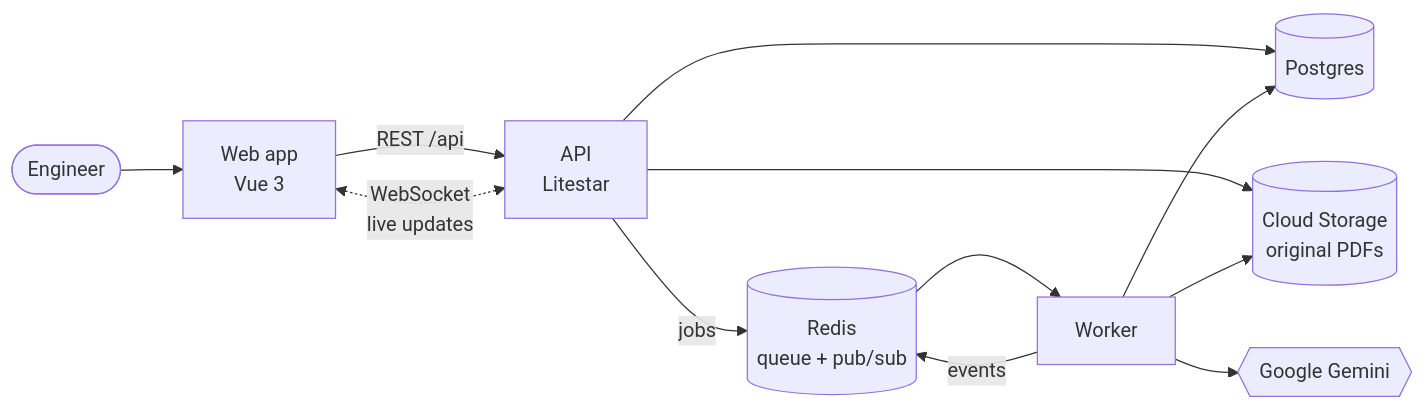
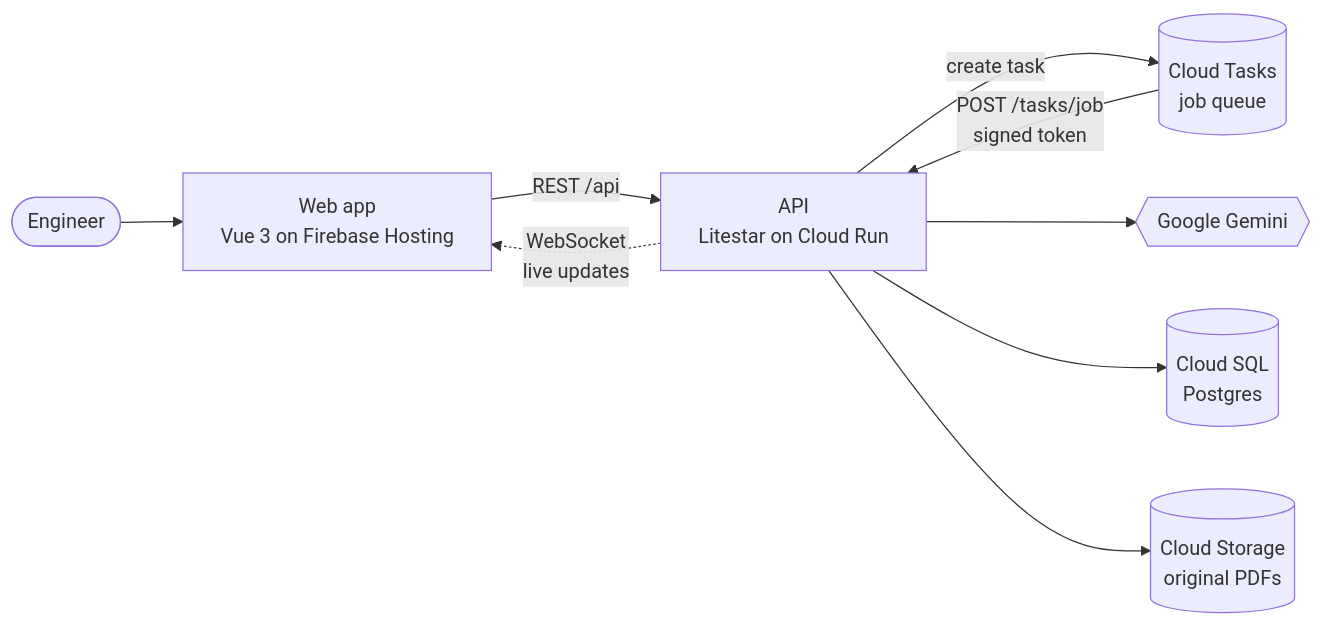
Before and after one commit to forceki/ai-builder-google-2026: the first of 2 diagrams in README.md, drawn with Mermaid. The commit also changed other lines of this file and 21 other files, not shown here.

First line of the commit message:
Replace Redis and the worker with Cloud Tasks

````diff
--- a/README.md
+++ b/README.md
@@ -96,14 +96,11 @@
 ```mermaid
 flowchart LR
-    U([Engineer]) --> W["Web app<br/>Vue 3"]
-    W -- "REST /api" --> A["API<br/>Litestar"]
-    W <-. "WebSocket<br/>live updates" .-> A
-    A --> DB[("Postgres")]
+    U([Engineer]) --> W["Web app<br/>Vue 3 on Firebase Hosting"]
+    W -- "REST /api" --> A["API<br/>Litestar on Cloud Run"]
+    A -. "WebSocket<br/>live updates" .-> W
+    A -- "create task" --> T[("Cloud Tasks<br/>job queue")]
+    T -- "POST /tasks/job<br/>signed token" --> A
+    A --> G{{"Google Gemini"}}
+    A --> DB[("Cloud SQL<br/>Postgres")]
     A --> GCS[("Cloud Storage<br/>original PDFs")]
-    A -- "jobs" --> R[("Redis<br/>queue + pub/sub")]
-    R --> K["Worker"]
-    K --> G{{"Google Gemini"}}
-    K --> DB
-    K --> GCS
-    K -- "events" --> R
 ```
````
